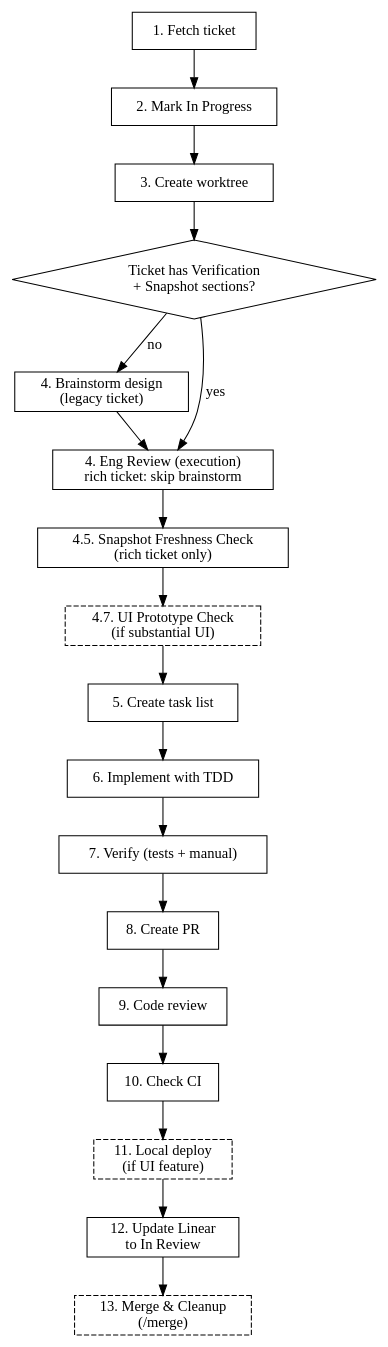
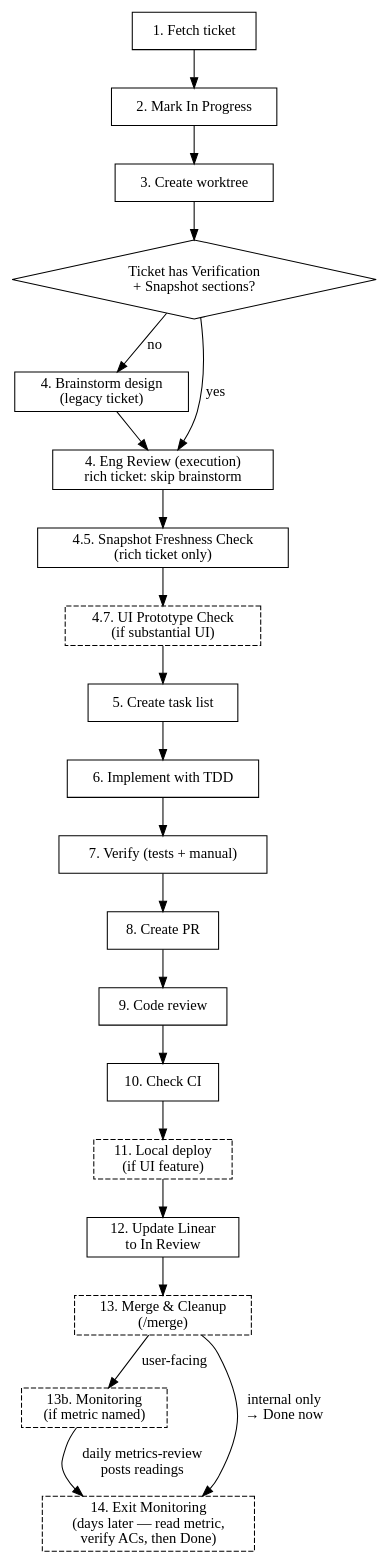
One commit to kmigdol/claude-config changed the diagram in skills/starting-linear-ticket/SKILL.md. Above: the diagram before and after it, drawn with Graphviz. The commit also changed other lines of this file and 5 other files, not shown here.

````diff
--- a/skills/starting-linear-ticket/SKILL.md
+++ b/skills/starting-linear-ticket/SKILL.md
@@ -85,31 +85,36 @@
 ```dot
 digraph workflow {
     rankdir=TB;
 
     fetch [label="1. Fetch ticket", shape=box];
     progress [label="2. Mark In Progress", shape=box];
     worktree [label="3. Create worktree", shape=box];
     rich [label="Ticket has Verification\n+ Snapshot sections?", shape=diamond];
     brainstorm [label="4. Brainstorm design\n(legacy ticket)", shape=box];
     eng [label="4. Eng Review (execution)\nrich ticket: skip brainstorm", shape=box];
     fresh [label="4.5. Snapshot Freshness Check\n(rich ticket only)", shape=box];
     proto [label="4.7. UI Prototype Check\n(if substantial UI)", shape=box, style=dashed];
     todos [label="5. Create task list", shape=box];
     tdd [label="6. Implement with TDD", shape=box];
     verify [label="7. Verify (tests + manual)", shape=box];
     pr [label="8. Create PR", shape=box];
     codereview [label="9. Code review", shape=box];
     ci [label="10. Check CI", shape=box];
     localtest [label="11. Local deploy\n(if UI feature)", shape=box, style=dashed];
     review [label="12. Update Linear\nto In Review", shape=box];
 
     merge [label="13. Merge & Cleanup\n(/merge)", shape=box, style=dashed];
+    monitor [label="13b. Monitoring\n(if metric named)", shape=box, style=dashed];
+    exit [label="14. Exit Monitoring\n(days later — read metric,\nverify ACs, then Done)", shape=box, style=dashed];
 
     fetch -> progress -> worktree -> rich;
     rich -> eng [label="yes"];
     rich -> brainstorm [label="no"];
     brainstorm -> eng;
     eng -> fresh -> proto -> todos;
     todos -> tdd -> verify -> pr -> codereview -> ci -> localtest -> review -> merge;
+    merge -> monitor [label="user-facing"];
+    merge -> exit [label="internal only\n→ Done now"];
+    monitor -> exit [label="daily metrics-review\nposts readings"];
 }
 ```
````
